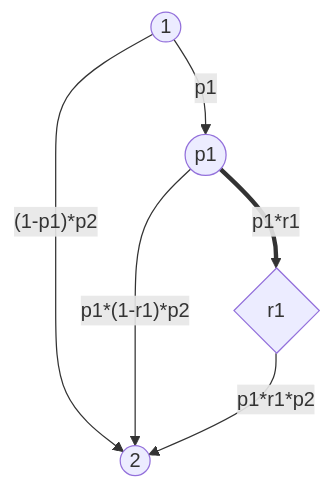
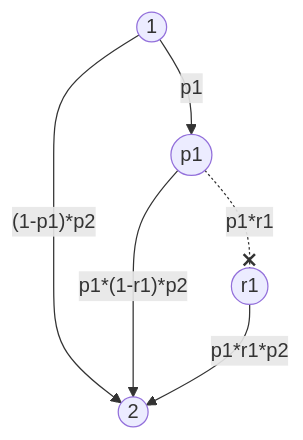
The third of 3 diagrams in vault/sem2/AuW/UE/cx/bf/cx07-bf.md (bfeitknecht/vault), drawn with Mermaid before and after one commit. The commit also changed other lines of this file and 2 other files, not shown here.

````diff
--- a/vault/sem2/AuW/UE/cx/bf/cx07-bf.md
+++ b/vault/sem2/AuW/UE/cx/bf/cx07-bf.md
@@ -77,10 +82,15 @@
 ```mermaid
 flowchart TD
 
-id1((1))-->|"(1-p1)*p2"|id2((2))
-id1-->|"p1"|id3((p1))
-id3==>|"p1*r1"|id4{r1}
+id1((1))
+id2((2))
+id3((p1))
+id4((r1))
+
+id1-->|"(1-p1)*p2"|id2
+id1-->|"p1"|id3
+id3-.-x|"p1*r1"|id4
 id3-->|"p1*(1-r1)*p2"|id2
 id4-->|"p1*r1*p2"|id2
 
 ```
````
